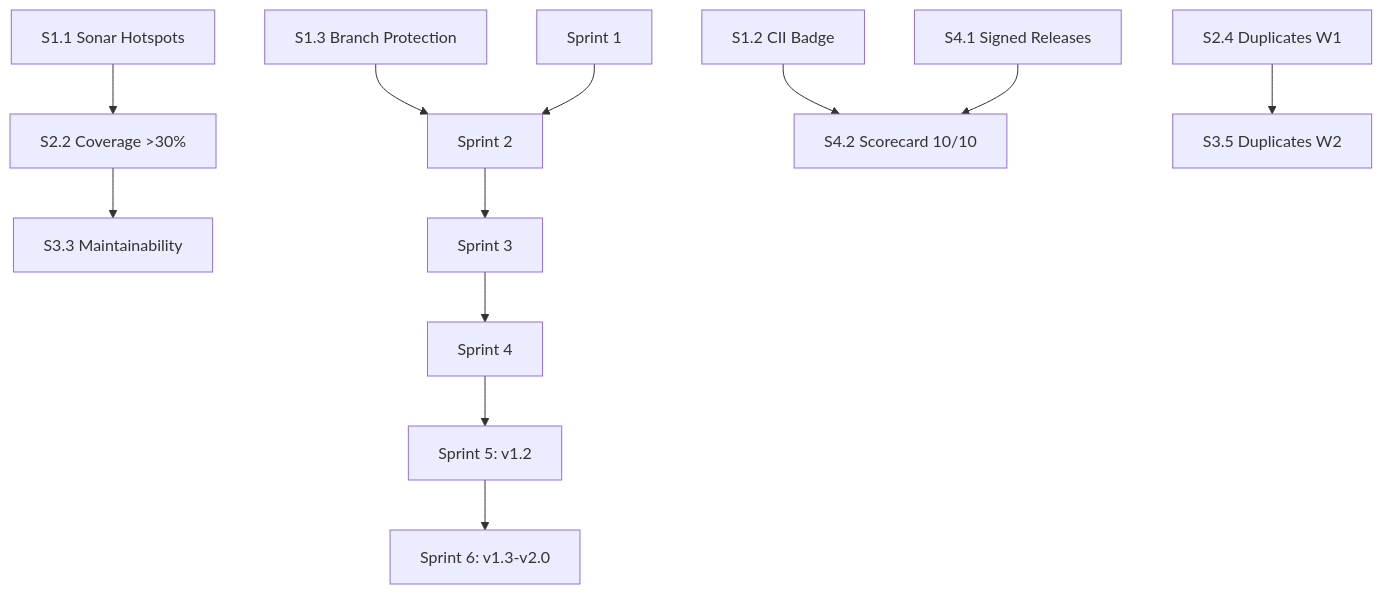
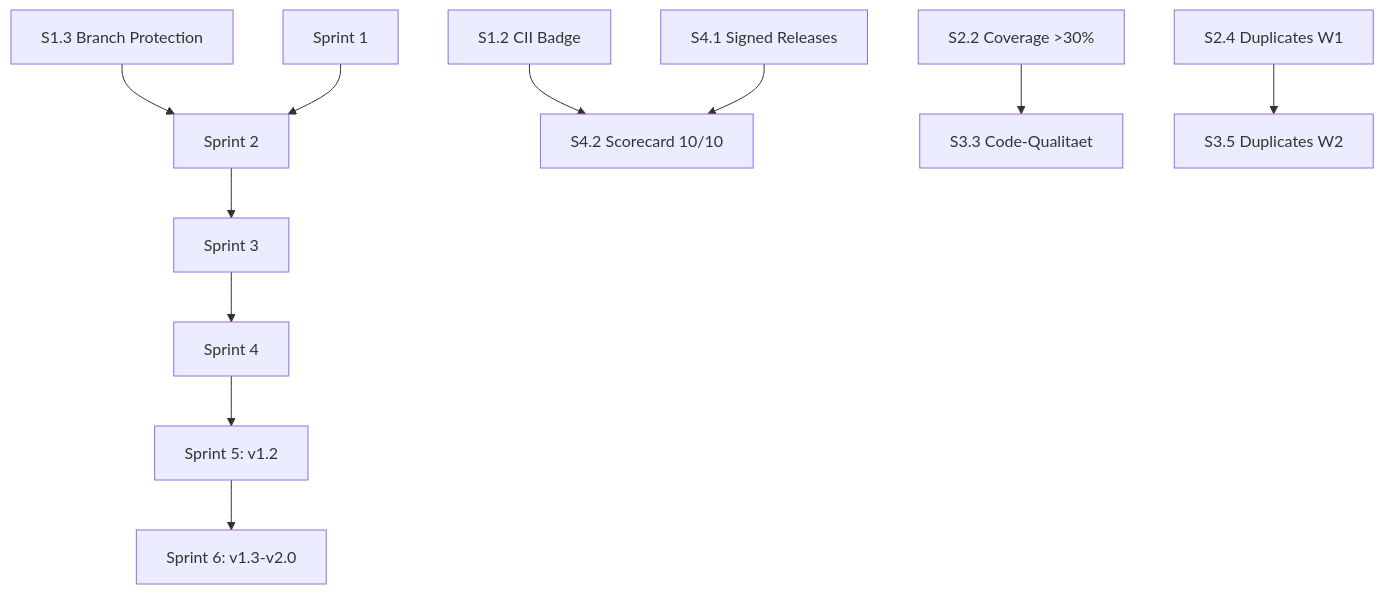
Before and after one commit to qnbs/CannaGuide-2025: the diagram in docs/audit-roadmap-2026-q2.md, drawn with Mermaid. The commit also changed other lines of this file and 12 other files, not shown here.

````diff
--- a/docs/audit-roadmap-2026-q2.md
+++ b/docs/audit-roadmap-2026-q2.md
@@ -452,14 +426,13 @@
 ```mermaid
 graph TD
-    S1.1[S1.1 Sonar Hotspots] --> S2.2[S2.2 Coverage >30%]
     S1.3[S1.3 Branch Protection] --> S2[Sprint 2]
     S1.2[S1.2 CII Badge] --> S4.2[S4.2 Scorecard 10/10]
-    S2.2 --> S3.3[S3.3 Maintainability]
+    S2.2[S2.2 Coverage >30%] --> S3.3[S3.3 Code-Qualitaet]
     S2.4[S2.4 Duplicates W1] --> S3.5[S3.5 Duplicates W2]
     S1[Sprint 1] --> S2
     S2 --> S3[Sprint 3]
     S3 --> S4[Sprint 4]
     S4.1[S4.1 Signed Releases] --> S4.2
     S4 --> S5[Sprint 5: v1.2]
     S5 --> S6[Sprint 6: v1.3-v2.0]
 ```
````
